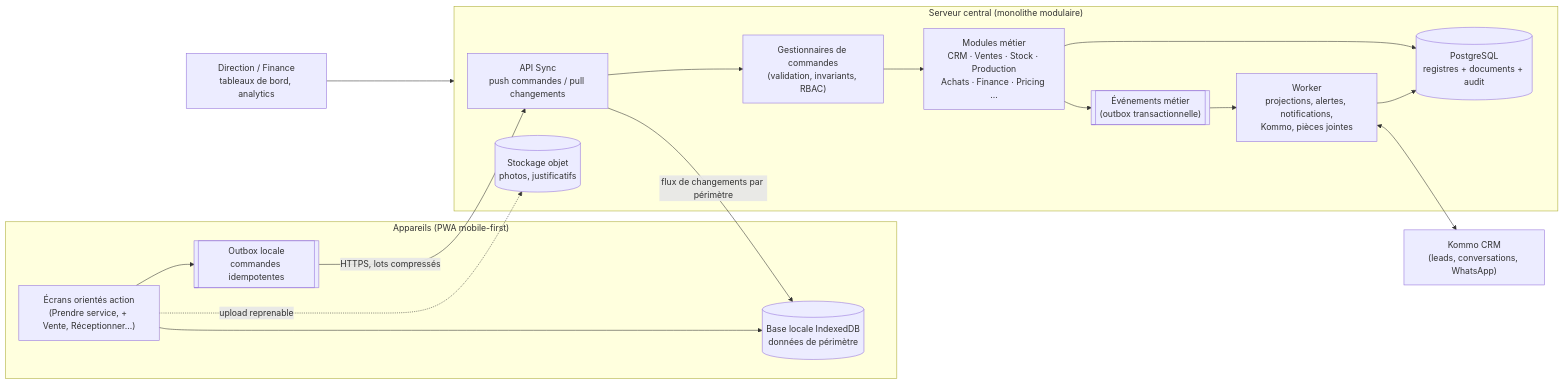
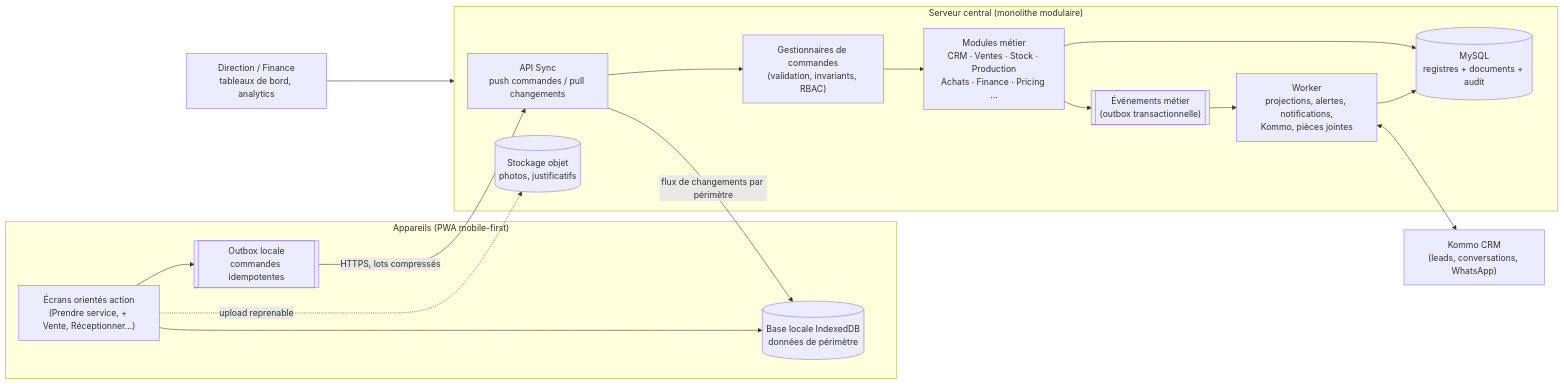
Before and after one commit to romiall/app.gic-agropelc: the first of 2 diagrams in docs/00-reference/02-vision-hypotheses-limites.md, drawn with Mermaid. The commit also changed 39 other files, not shown here.

````diff
--- a/docs/00-reference/02-vision-hypotheses-limites.md
+++ b/docs/00-reference/02-vision-hypotheses-limites.md
@@ -39,29 +39,29 @@
 ```mermaid
 flowchart LR
   subgraph Terrain["Appareils (PWA mobile-first)"]
     UI["Écrans orientés action<br/>(Prendre service, + Vente, Réceptionner…)"]
     LDB[("Base locale IndexedDB<br/>données de périmètre")]
     OBX[["Outbox locale<br/>commandes idempotentes"]]
     UI --> LDB
     UI --> OBX
   end
 
   subgraph Central["Serveur central (monolithe modulaire)"]
     SYNC["API Sync<br/>push commandes / pull changements"]
     CMD["Gestionnaires de commandes<br/>(validation, invariants, RBAC)"]
     MODS["Modules métier<br/>CRM · Ventes · Stock · Production<br/>Achats · Finance · Pricing …"]
     EVT[["Événements métier<br/>(outbox transactionnelle)"]]
     WRK["Worker<br/>projections, alertes, notifications,<br/>Kommo, pièces jointes"]
-    DB[("PostgreSQL<br/>registres + documents + audit")]
+    DB[("MySQL<br/>registres + documents + audit")]
     OBJ[("Stockage objet<br/>photos, justificatifs")]
     SYNC --> CMD --> MODS --> DB
     MODS --> EVT --> WRK
     WRK --> DB
   end
 
   OBX -- "HTTPS, lots compressés" --> SYNC
   SYNC -- "flux de changements par périmètre" --> LDB
   UI -. "upload reprenable" .-> OBJ
   WRK <--> KOMMO["Kommo CRM<br/>(leads, conversations, WhatsApp)"]
   DIR["Direction / Finance<br/>tableaux de bord, analytics"] --> Central
 ```
````
